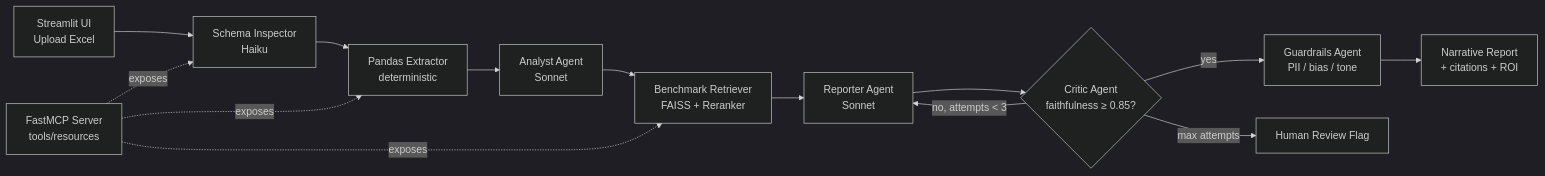
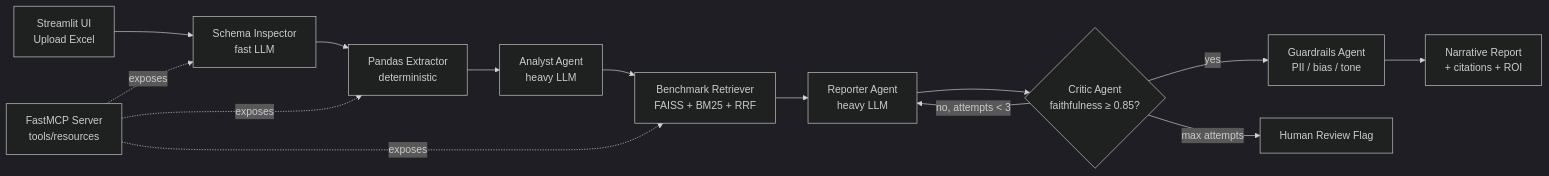
Before and after one commit to sergeychernyakov/contact-center-copilot: the diagram in README.md, drawn with Mermaid (dark theme). The commit also changed other lines of this file and 1 other file, not shown here.

Commit message:
docs: document LLM providers and Ollama-first setup

````diff
--- a/README.md
+++ b/README.md
@@ -27,17 +27,17 @@
 ```mermaid
 flowchart LR
-    UI[Streamlit UI<br/>Upload Excel] --> ING[Schema Inspector<br/>Haiku]
+    UI[Streamlit UI<br/>Upload Excel] --> ING[Schema Inspector<br/>fast LLM]
     ING --> EXT[Pandas Extractor<br/>deterministic]
-    EXT --> ANA[Analyst Agent<br/>Sonnet]
-    ANA --> BEN[Benchmark Retriever<br/>FAISS + Reranker]
-    BEN --> REP[Reporter Agent<br/>Sonnet]
+    EXT --> ANA[Analyst Agent<br/>heavy LLM]
+    ANA --> BEN[Benchmark Retriever<br/>FAISS + BM25 + RRF]
+    BEN --> REP[Reporter Agent<br/>heavy LLM]
     REP --> CRT{Critic Agent<br/>faithfulness ≥ 0.85?}
     CRT -- no, attempts < 3 --> REP
     CRT -- yes --> GRD[Guardrails Agent<br/>PII / bias / tone]
     CRT -- max attempts --> HITL[Human Review Flag]
     GRD --> OUT[Narrative Report<br/>+ citations + ROI]
 
     MCP[FastMCP Server<br/>tools/resources] -.exposes.-> ING
     MCP -.exposes.-> EXT
     MCP -.exposes.-> BEN
 ```
````
